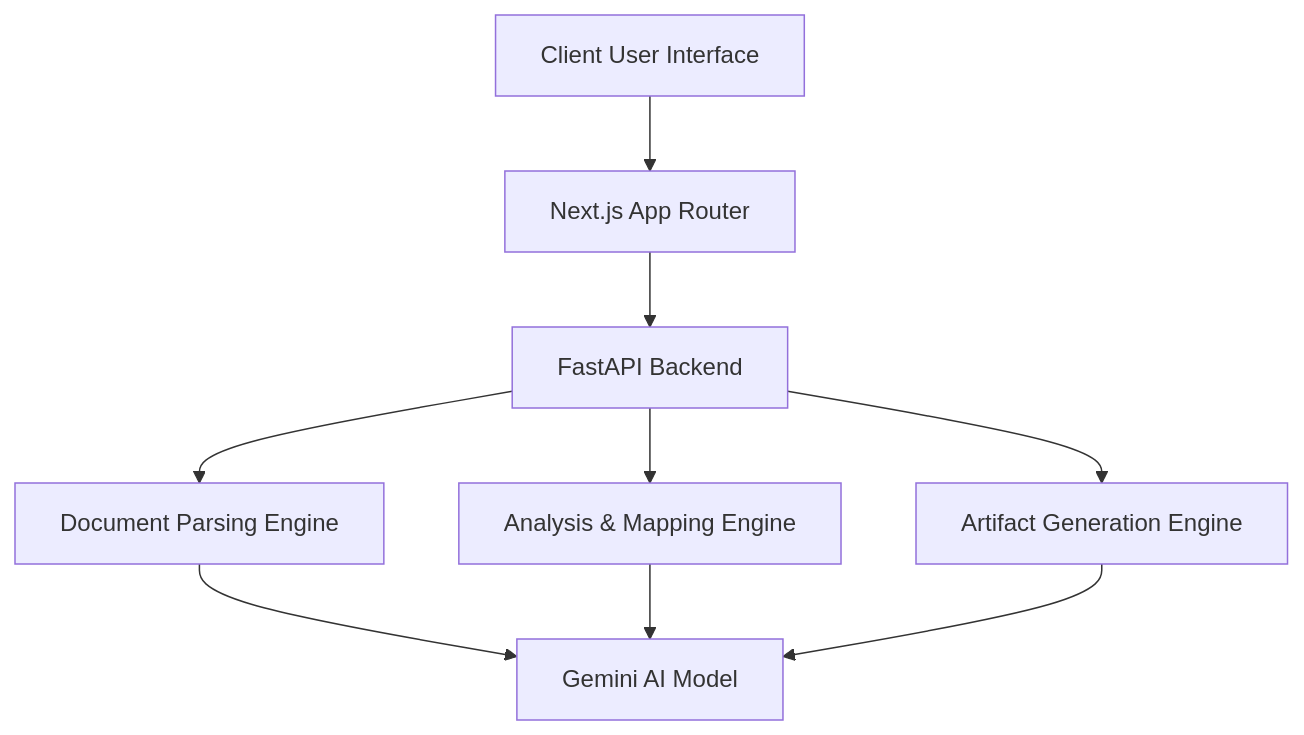
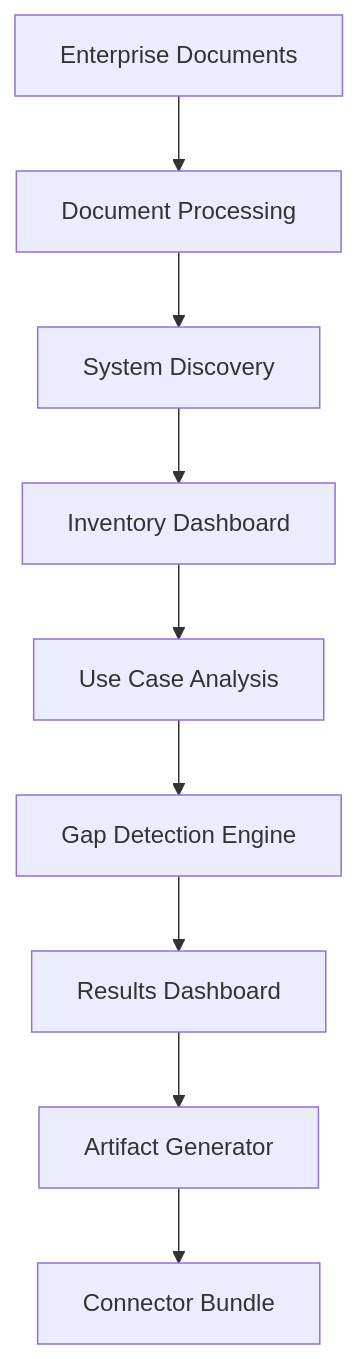
The diagram in README.md (Saahirrrr/SystemLens-AI), drawn with Mermaid before and after one commit. The commit also changed other lines of this file, not shown here.

````diff
--- a/README.md
+++ b/README.md
@@ -35,13 +52,11 @@
 ```mermaid
 graph TD
-    A[Client User Interface] --> B[Next.js App Router]
-    B --> C[FastAPI Backend]
-    
-    C --> D[Document Parsing Engine]
-    C --> E[Analysis & Mapping Engine]
-    C --> F[Artifact Generation Engine]
-    
-    D --> G[Gemini AI Model]
-    E --> G
-    F --> G
+    A[Enterprise Documents] --> B[Document Processing]
+    B --> C[System Discovery]
+    C --> D[Inventory Dashboard]
+    D --> E[Use Case Analysis]
+    E --> F[Gap Detection Engine]
+    F --> G[Results Dashboard]
+    G --> H[Artifact Generator]
+    H --> I[Connector Bundle]
 ```
````
